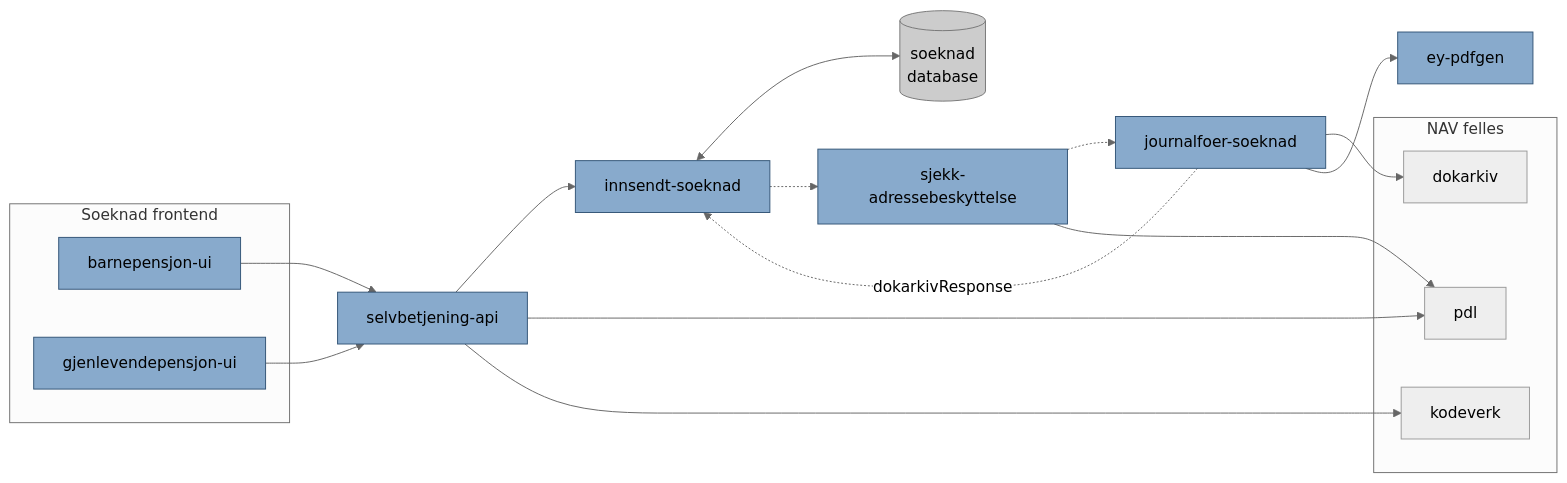
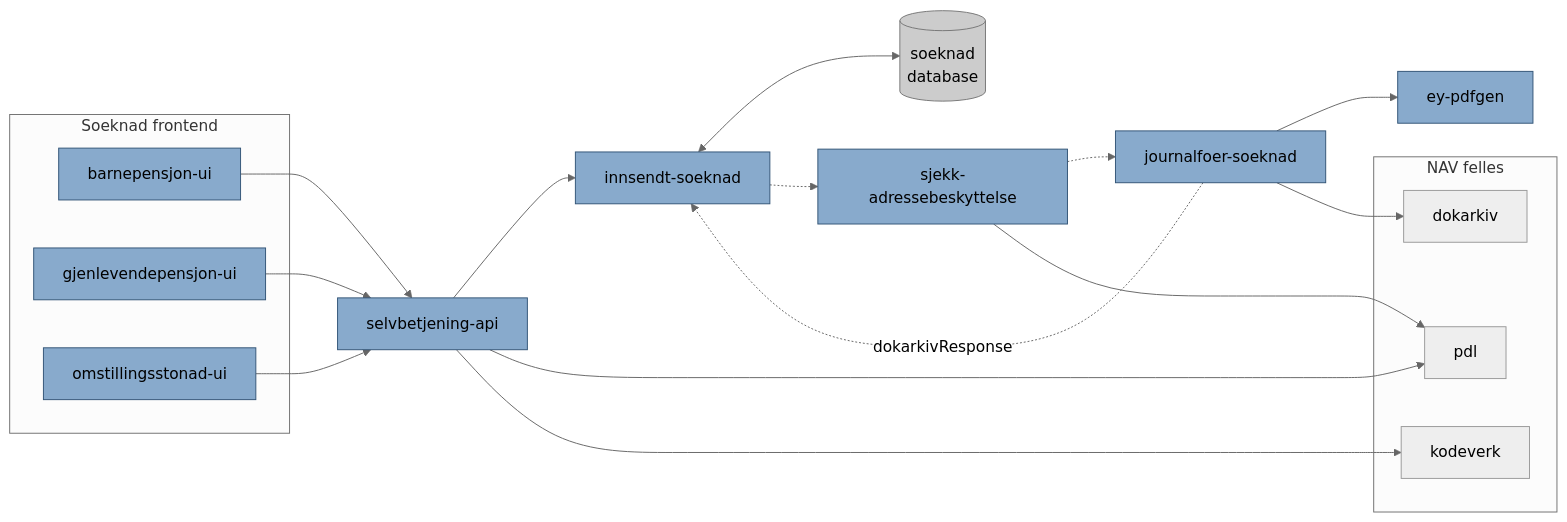
One commit to navikt/pensjon-etterlatte changed the diagram in README.md. Above: the diagram before and after it, drawn with Mermaid (neutral theme).

Commit message:
Update Arkitekturskisse in README.md

````diff
--- a/README.md
+++ b/README.md
@@ -37,33 +37,35 @@
 ```mermaid
 flowchart LR
 
 classDef app fill:#88AACC,color:#000,stroke:#335577
 classDef db fill:#ccc,color:#000,stroke:#777
 classDef text fill:none,color:#ddd
 
 barnepensjon-ui:::app --> selvbetjening-api
 gjenlevendepensjon-ui:::app --> selvbetjening-api
+omstillingsstonad-ui:::app --> selvbetjening-api
 
 subgraph frontend["Soeknad frontend"]
     barnepensjon-ui
     gjenlevendepensjon-ui
+    omstillingsstonad-ui
 end
 
 selvbetjening-api:::app --> innsendt-soeknad
 innsendt-soeknad:::app <--> innsendt-soeknad-v2[(soeknad\ndatabase)]:::db
 innsendt-soeknad -.-> sjekk-adressebeskyttelse
 sjekk-adressebeskyttelse:::app -.-> journalfoer-soeknad
+journalfoer-soeknad --> ey-pdfgen:::app
 journalfoer-soeknad:::app --> dokarkiv
 journalfoer-soeknad -. dokarkivResponse .-> innsendt-soeknad
-journalfoer-soeknad --> ey-pdfgen:::app
 
 selvbetjening-api --> pdl
 selvbetjening-api --> kodeverk
 sjekk-adressebeskyttelse --> pdl
 
 subgraph ekstern["NAV felles"]
     dokarkiv
     kodeverk
     pdl
 end
 ```
````
